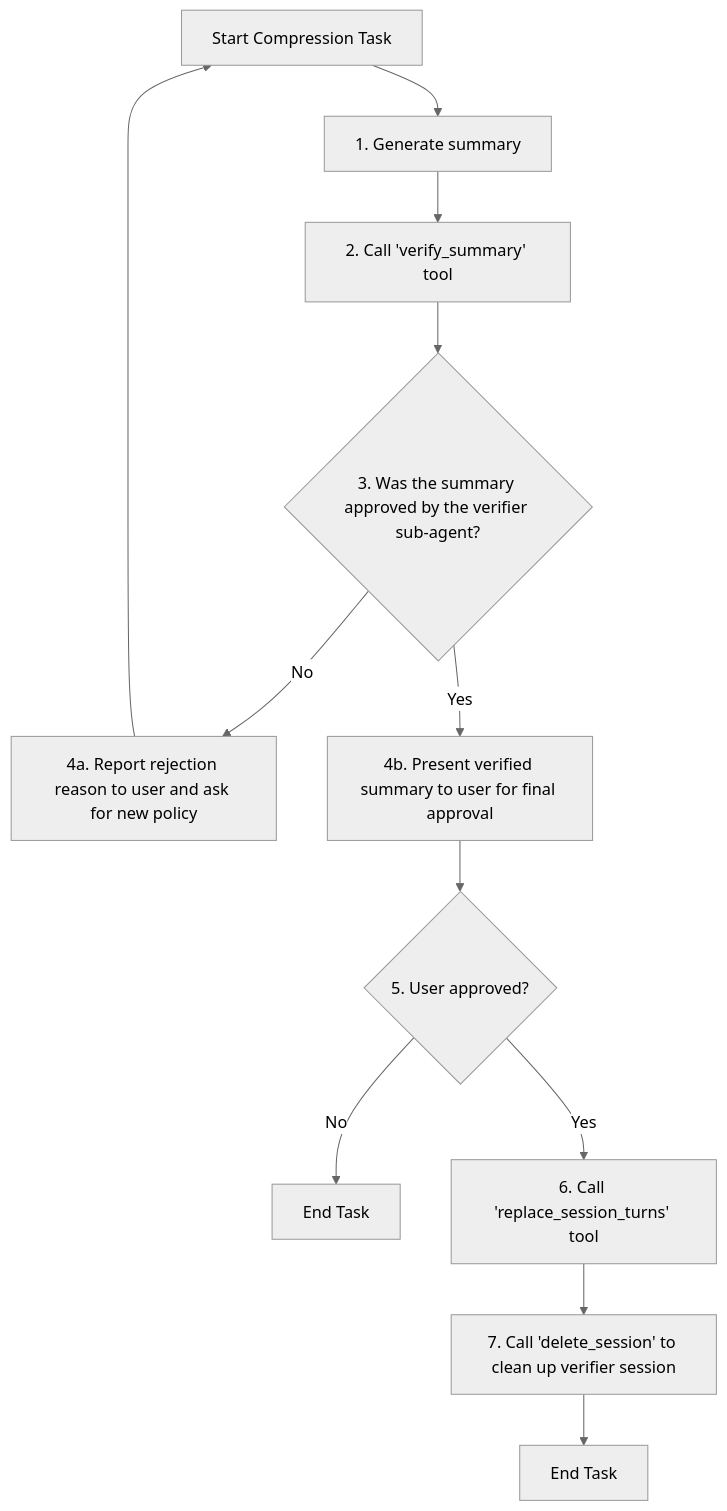
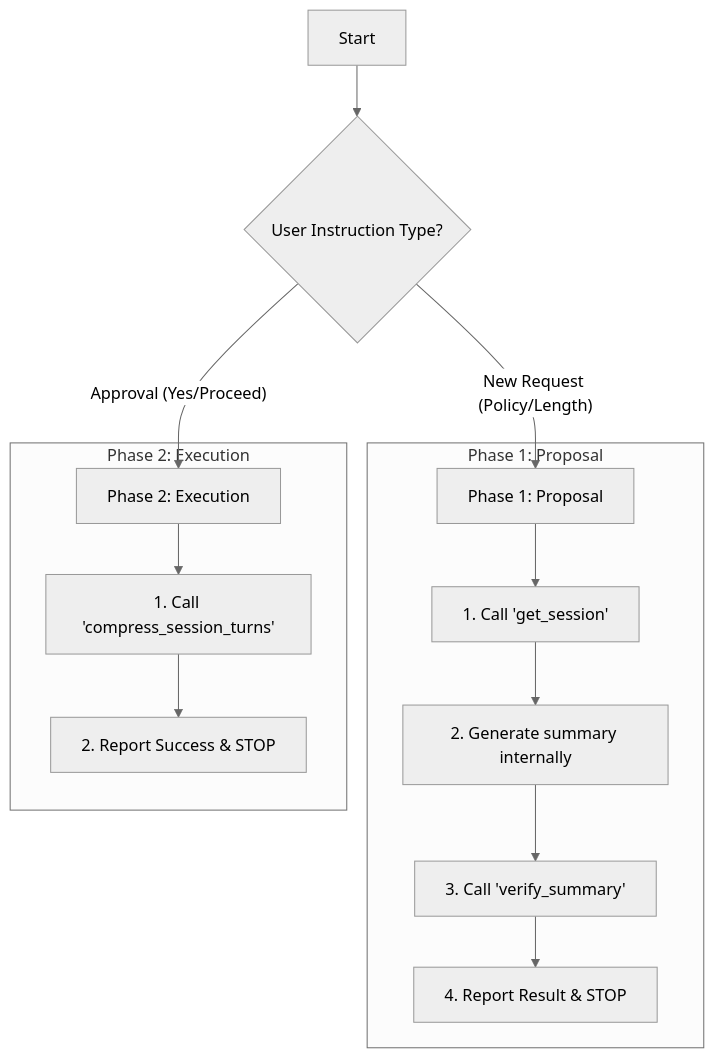
One commit to s-age/pipe changed the diagram in roles/compressor.md. Above: the diagram before and after it, drawn with Mermaid (neutral theme). The commit also changed other lines of this file and 43 other files, not shown here.

````diff
--- a/roles/compressor.md
+++ b/roles/compressor.md
@@ -38,14 +54,18 @@
 ```mermaid
 graph TD
-    A["Start Compression Task"] --> B["1. Generate summary"];
-    B --> C["2. Call 'verify_summary' tool"];
-    C --> D{"3. Was the summary approved by the verifier sub-agent?"};
-    D -- "No" --> E["4a. Report rejection reason to user and ask for new policy"];
-    D -- "Yes" --> F["4b. Present verified summary to user for final approval"];
-    F --> G{"5. User approved?"};
-    G -- "No" --> H["End Task"];
-    G -- "Yes" --> I["6. Call 'replace_session_turns' tool"];
-    I --> J["7. Call 'delete_session' to clean up verifier session"];
-    J --> K["End Task"];
-    E --> A;
+    A["Start"] --> B{"User Instruction Type?"};
+    B -- "New Request (Policy/Length)" --> C["Phase 1: Proposal"];
+    B -- "Approval (Yes/Proceed)" --> D["Phase 2: Execution"];
+    
+    subgraph "Phase 1: Proposal"
+    C --> E["1. Call 'get_session'"];
+    E --> F["2. Generate summary internally"];
+    F --> G["3. Call 'verify_summary'"];
+    G --> H["4. Report Result & STOP"];
+    end
+
+    subgraph "Phase 2: Execution"
+    D --> I["1. Call 'compress_session_turns'"];
+    I --> J["2. Report Success & STOP"];
+    end
 ```
````
